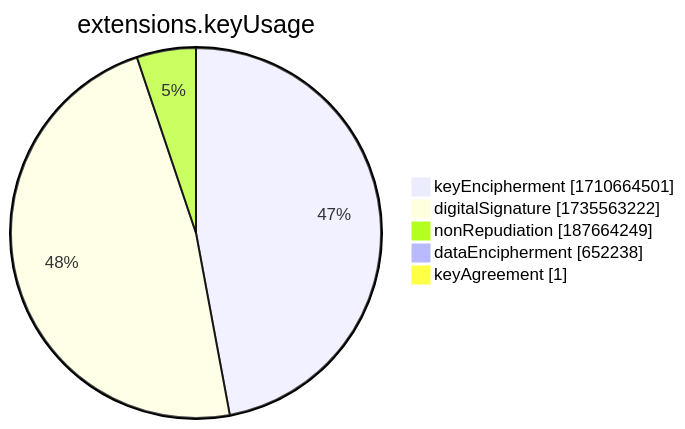
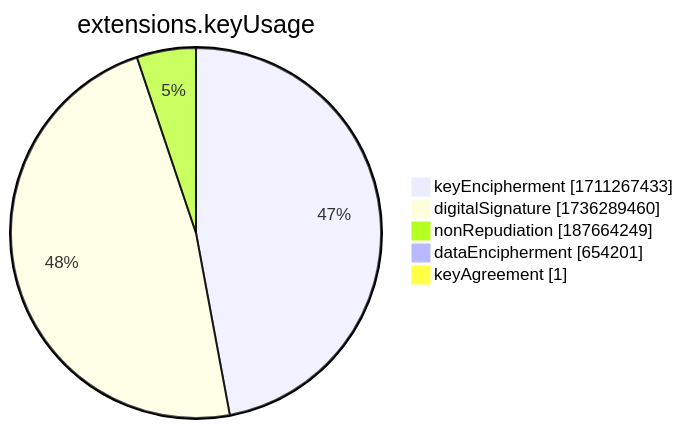
One commit to christiankrug/ctmonitor_visualization changed the seventh of 15 diagrams in xenon2022/README.md. Above: the diagram before and after it, drawn with Mermaid. The commit also changed other lines of this file, not shown here.

````diff
--- a/xenon2022/README.md
+++ b/xenon2022/README.md
@@ -2858,9 +2858,9 @@
 ```mermaid
 pie showData
 title extensions.keyUsage
-"keyEncipherment" :1710664501
-"digitalSignature" :1735563222
+"keyEncipherment" :1711267433
+"digitalSignature" :1736289460
 "nonRepudiation" :187664249
-"dataEncipherment" :652238
+"dataEncipherment" :654201
 "keyAgreement" :1
 ```
````
